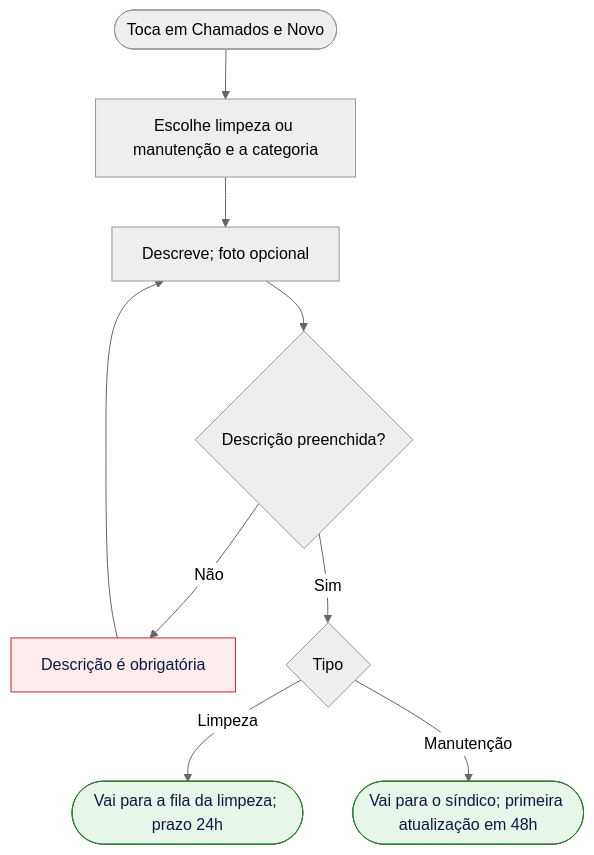
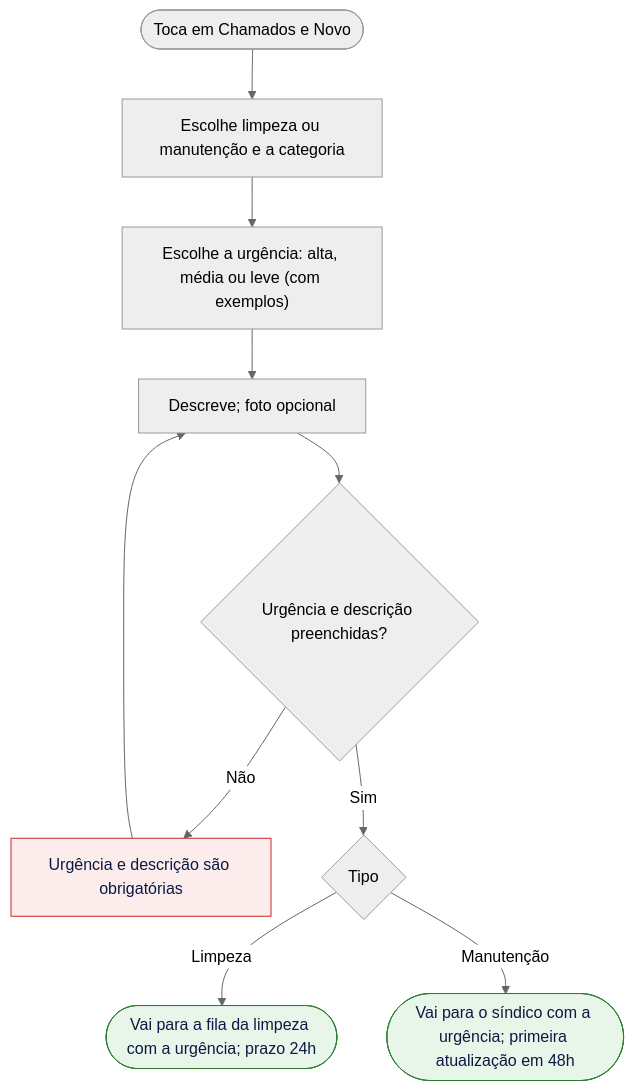
Diagram 17 of 31 in docs/02-design/02-user-flows.md (pedrolems/CondomiFacil), drawn with Mermaid (neutral theme) before and after one commit. The commit also changed other lines of this file and 14 other files, not shown here.

````diff
--- a/docs/02-design/02-user-flows.md
+++ b/docs/02-design/02-user-flows.md
@@ -631,15 +758,16 @@
 ```mermaid
 flowchart TD
     A(["Toca em Chamados e Novo"]) --> B["Escolhe limpeza ou manutenção e a categoria"]
-    B --> C["Descreve; foto opcional"]
-    C --> D{"Descrição preenchida?"}
-    D -->|"Não"| E1["Descrição é obrigatória"]
+    B --> U["Escolhe a urgência: alta, média ou leve (com exemplos)"]
+    U --> C["Descreve; foto opcional"]
+    C --> D{"Urgência e descrição preenchidas?"}
+    D -->|"Não"| E1["Urgência e descrição são obrigatórias"]
     E1 --> C
     D -->|"Sim"| F{"Tipo"}
-    F -->|"Limpeza"| G(["Vai para a fila da limpeza; prazo 24h"])
-    F -->|"Manutenção"| H(["Vai para o síndico; primeira atualização em 48h"])
+    F -->|"Limpeza"| G(["Vai para a fila da limpeza com a urgência; prazo 24h"])
+    F -->|"Manutenção"| H(["Vai para o síndico com a urgência; primeira atualização em 48h"])
     classDef ok fill:#E8F5E9,stroke:#2E7D32,color:#0B1A44
     classDef erro fill:#FDECEC,stroke:#C62828,color:#0B1A44
     class G,H ok
     class E1 erro
 ```
````
